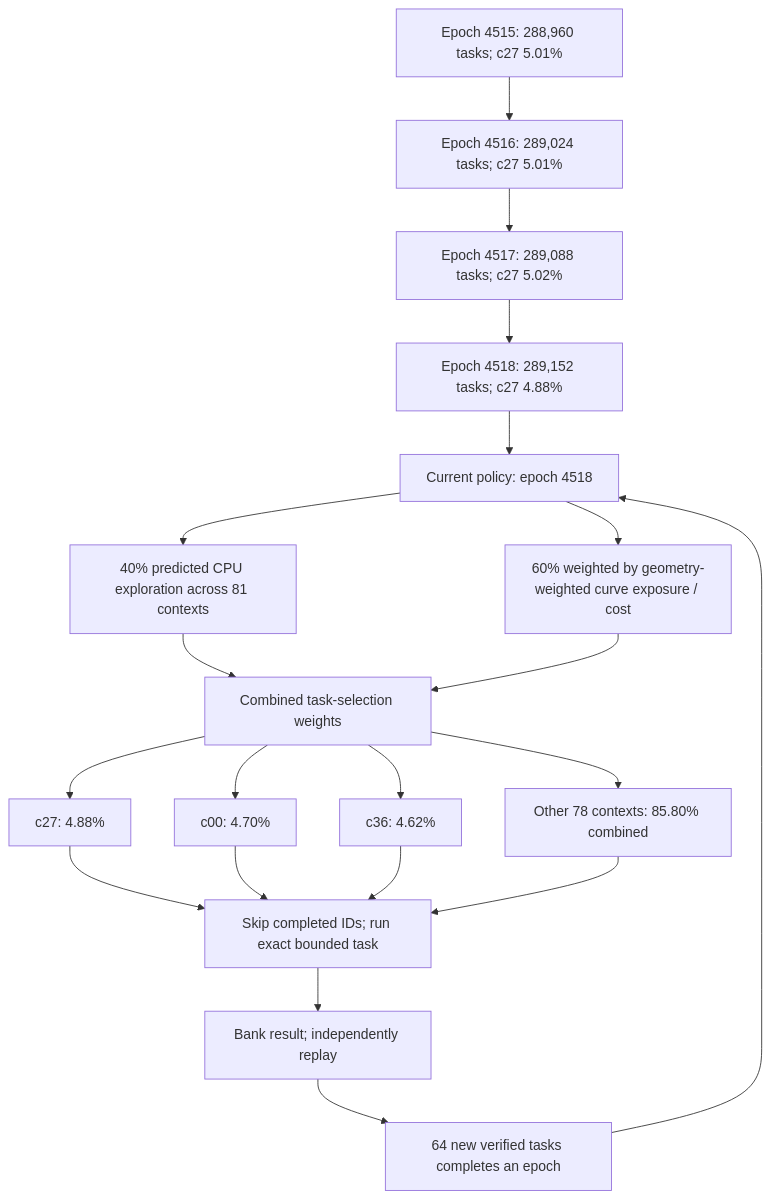
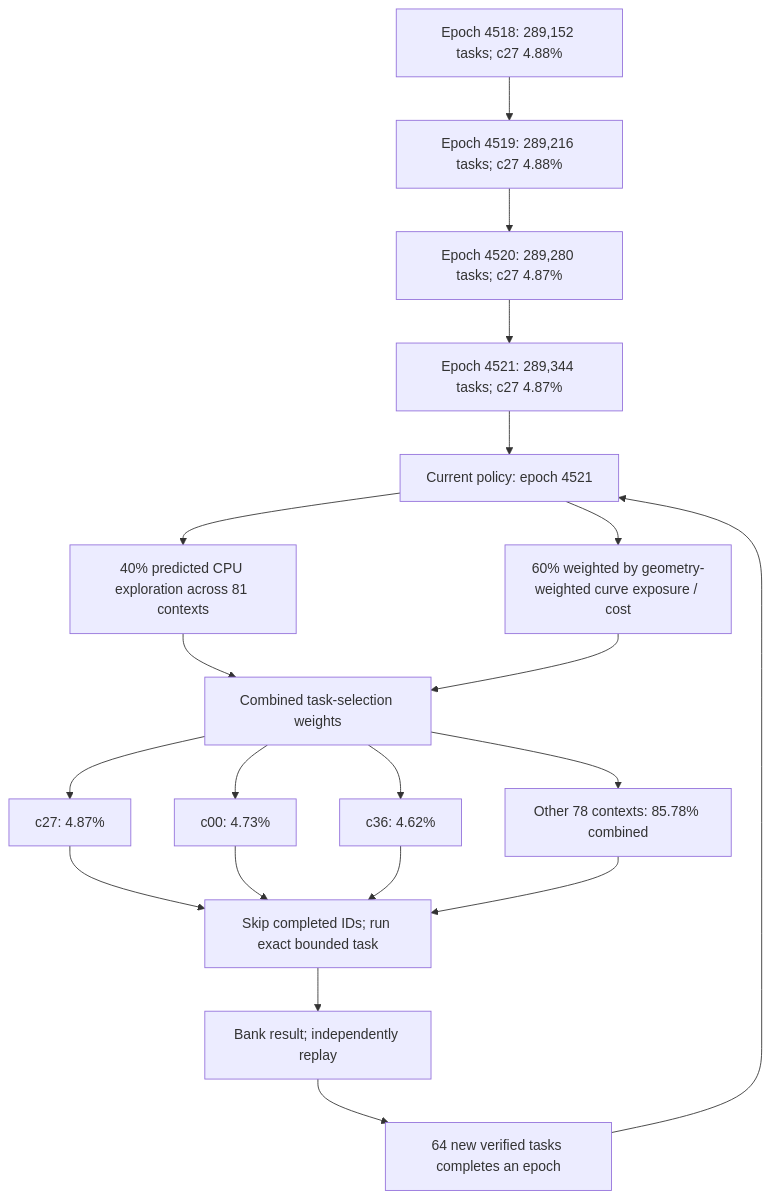
Before and after one commit to Kuberwastaken/math-gambling: the first of 3 diagrams in README.md, drawn with Mermaid. The commit also changed other lines of this file and 2334 other files, not shown here.

````diff
--- a/README.md
+++ b/README.md
@@ -60,27 +60,27 @@
 ```mermaid
 flowchart TD
-    H0["Epoch 4515: 288,960 tasks; c27 5.01%"]
-    H1["Epoch 4516: 289,024 tasks; c27 5.01%"]
+    H0["Epoch 4518: 289,152 tasks; c27 4.88%"]
+    H1["Epoch 4519: 289,216 tasks; c27 4.88%"]
     H0 --> H1
-    H2["Epoch 4517: 289,088 tasks; c27 5.02%"]
+    H2["Epoch 4520: 289,280 tasks; c27 4.87%"]
     H1 --> H2
-    H3["Epoch 4518: 289,152 tasks; c27 4.88%"]
+    H3["Epoch 4521: 289,344 tasks; c27 4.87%"]
     H2 --> H3
-    Policy["Current policy: epoch 4518"]
+    Policy["Current policy: epoch 4521"]
     H3 --> Policy
     Policy --> Explore["40% predicted CPU exploration across 81 contexts"]
     Policy --> Cost["60% weighted by geometry-weighted curve exposure / cost"]
     Explore --> Mix["Combined task-selection weights"]
     Cost --> Mix
-    Mix --> C0["c27: 4.88%"]
-    Mix --> C1["c00: 4.70%"]
+    Mix --> C0["c27: 4.87%"]
+    Mix --> C1["c00: 4.73%"]
     Mix --> C2["c36: 4.62%"]
-    Mix --> Rest["Other 78 contexts: 85.80% combined"]
+    Mix --> Rest["Other 78 contexts: 85.78% combined"]
     C0 --> Check["Skip completed IDs; run exact bounded task"]
     C1 --> Check
     C2 --> Check
     Rest --> Check
     Check --> Replay["Bank result; independently replay"]
     Replay --> Gate["64 new verified tasks completes an epoch"]
     Gate --> Policy
 ```
````
